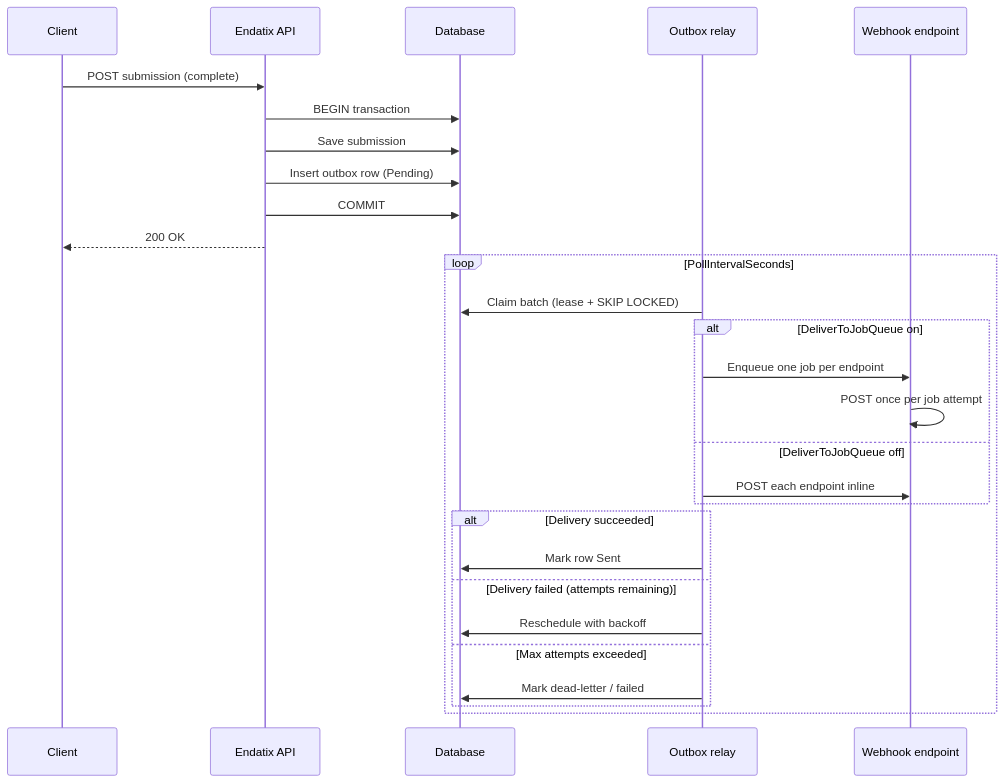
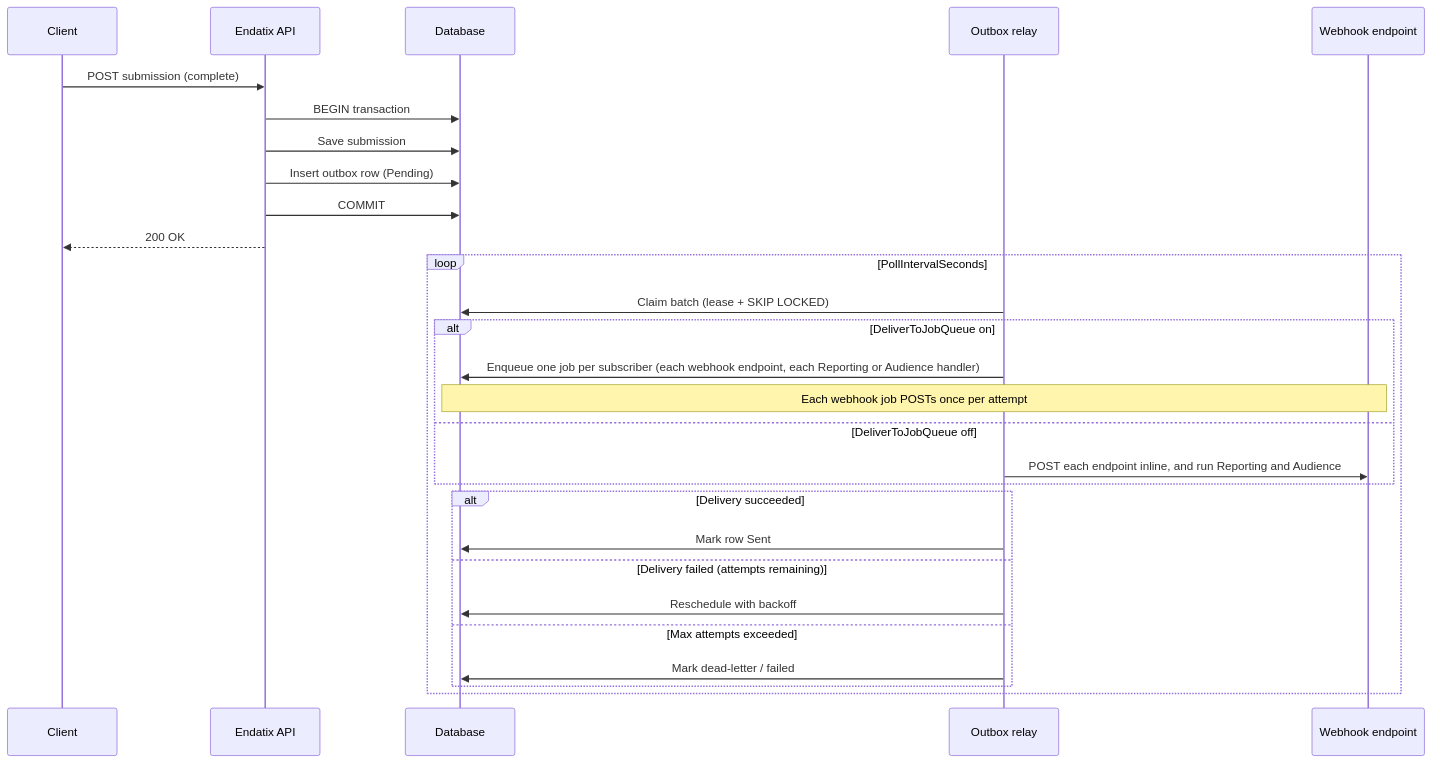
One commit to endatix/endatix changed the diagram in docs/endatix-docs/docs/configuration/background-processing.mdx. Above: the diagram before and after it, drawn with Mermaid. The commit also changed other lines of this file and 4 other files, not shown here.

````diff
--- a/docs/endatix-docs/docs/configuration/background-processing.mdx
+++ b/docs/endatix-docs/docs/configuration/background-processing.mdx
@@ -40,32 +40,32 @@
 ```mermaid
 sequenceDiagram
     participant Client
     participant API as Endatix API
     participant DB as Database
     participant Relay as Outbox relay
     participant WH as Webhook endpoint
 
     Client->>API: POST submission (complete)
     API->>DB: BEGIN transaction
     API->>DB: Save submission
     API->>DB: Insert outbox row (Pending)
     API->>DB: COMMIT
     API-->>Client: 200 OK
 
     loop PollIntervalSeconds
         Relay->>DB: Claim batch (lease + SKIP LOCKED)
         alt DeliverToJobQueue on
-            Relay->>WH: Enqueue one job per endpoint
-            WH->>WH: POST once per job attempt
+            Relay->>DB: Enqueue one job per subscriber (each webhook endpoint, each Reporting or Audience handler)
+            Note over DB,WH: Each webhook job POSTs once per attempt
         else DeliverToJobQueue off
-            Relay->>WH: POST each endpoint inline
+            Relay->>WH: POST each endpoint inline, and run Reporting and Audience
         end
         alt Delivery succeeded
             Relay->>DB: Mark row Sent
         else Delivery failed (attempts remaining)
             Relay->>DB: Reschedule with backoff
         else Max attempts exceeded
             Relay->>DB: Mark dead-letter / failed
         end
     end
 ```
````
